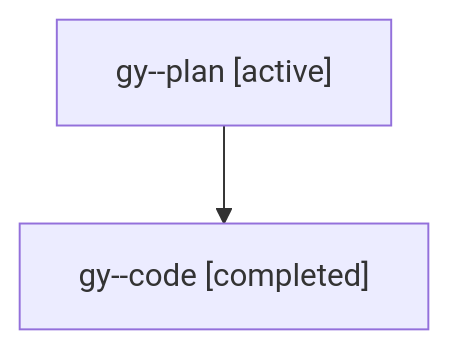
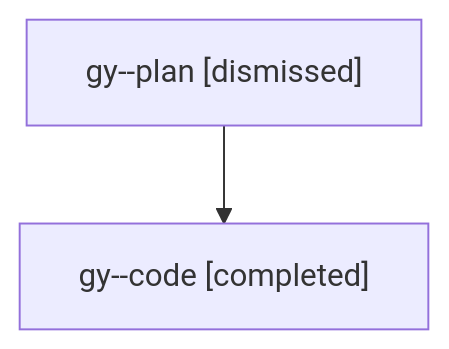
One commit to sase-org/sase--agents changed the diagram in sessions/bbugyi200.athena.gy.md. Above: the diagram before and after it, drawn with Mermaid. The commit also changed other lines of this file and 74 other files, not shown here.

````diff
--- a/sessions/bbugyi200.athena.gy.md
+++ b/sessions/bbugyi200.athena.gy.md
@@ -9,6 +9,6 @@
 ```mermaid
 flowchart TD
-  n0["gy--plan [active]"]
+  n0["gy--plan [dismissed]"]
   n1["gy--code [completed]"]
   n0 --> n1
 ```
````
